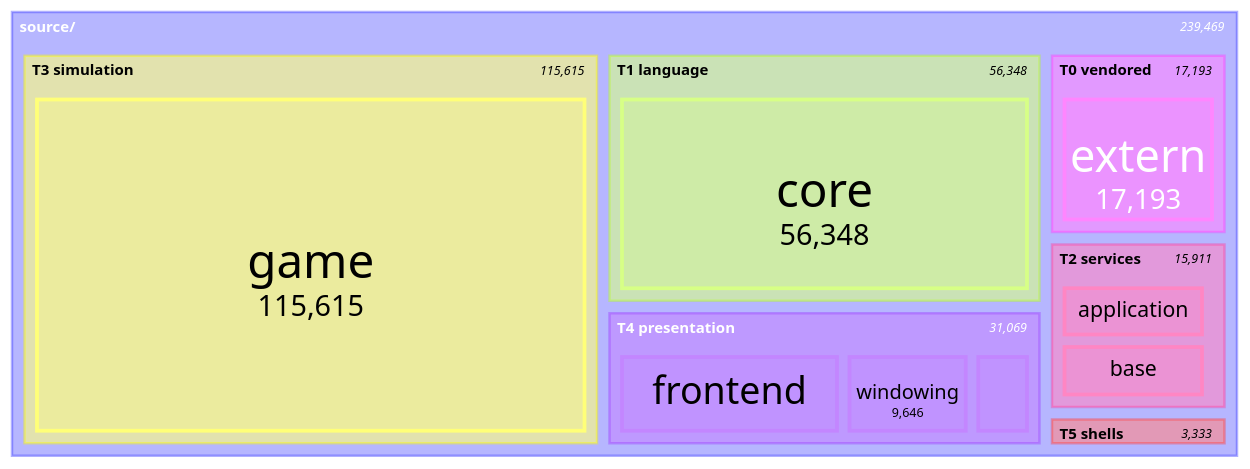
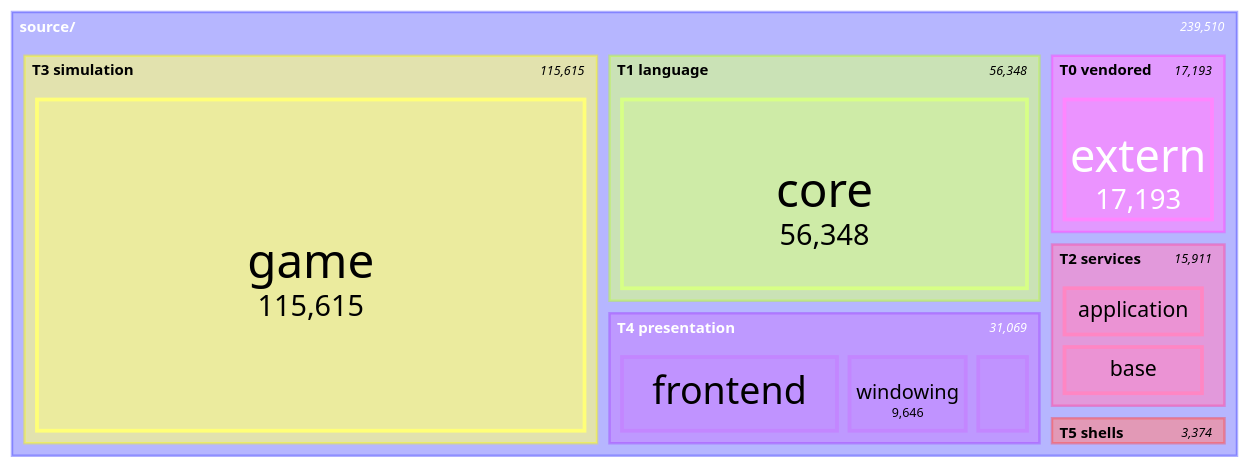
Before and after one commit to apnex/OpenStarbound: the seventh of 11 diagrams in docs/architecture/system-boundaries.md, drawn with Mermaid. The commit also changed other lines of this file and 2 other files, not shown here.

````diff
--- a/docs/architecture/system-boundaries.md
+++ b/docs/architecture/system-boundaries.md
@@ -592,22 +592,22 @@
 ```mermaid
 treemap-beta
 "source/"
     "T0 vendored"
         "extern": 17193
     "T1 language"
         "core": 56348
     "T2 services"
         "application": 7473
         "base": 7449
         "metrics": 847
         "platform": 142
     "T3 simulation"
         "game": 115615
     "T4 presentation"
         "frontend": 16863
         "windowing": 9646
         "rendering": 4560
     "T5 shells"
-        "client": 2550
+        "client": 2591
         "server": 783
 ```
````
